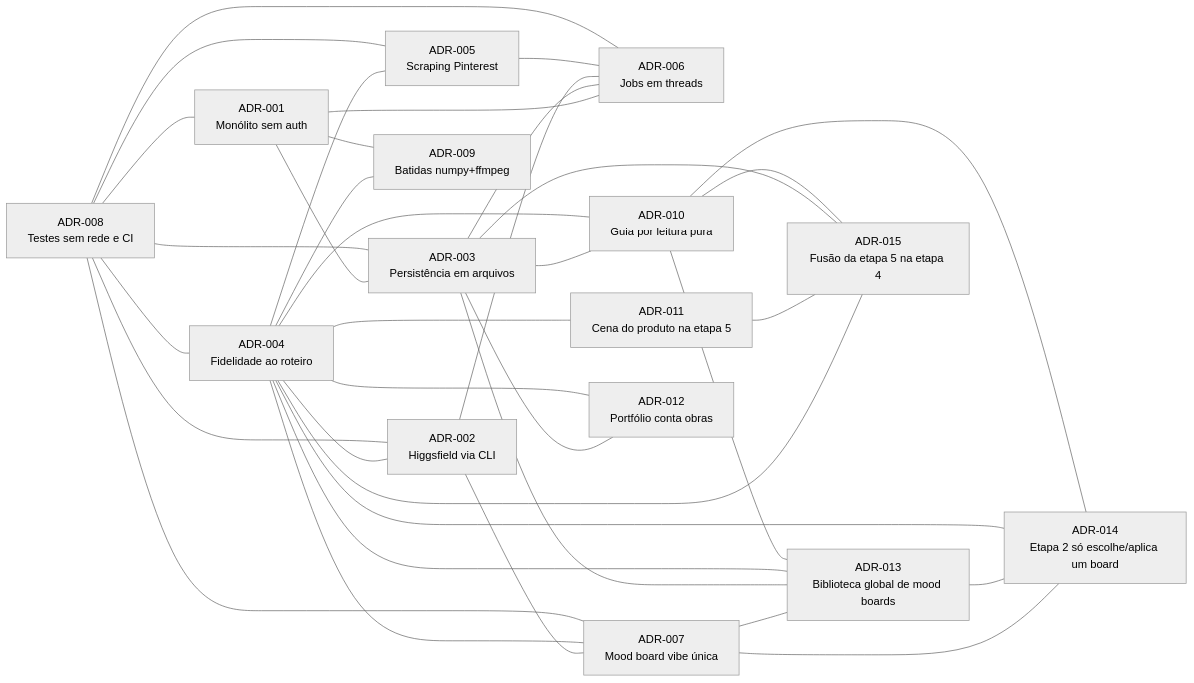
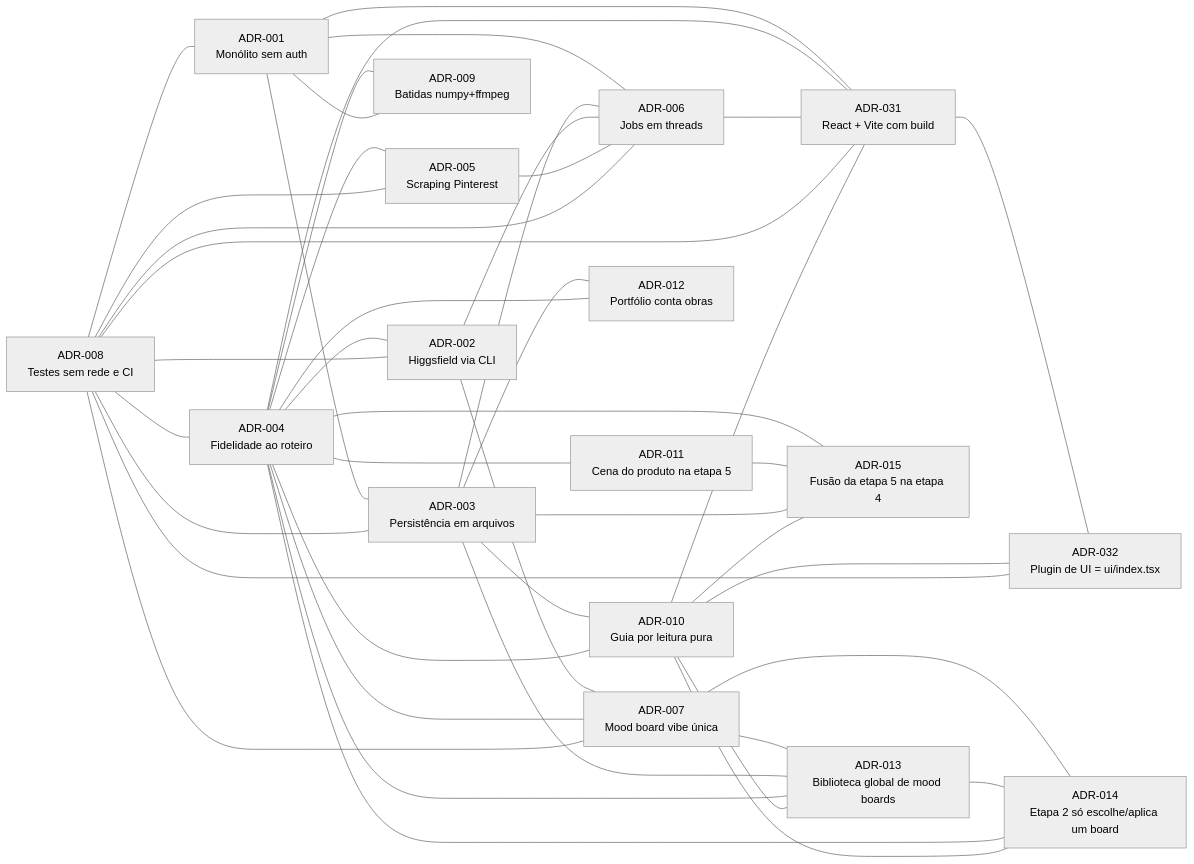
The diagram in docs/adrs/README.md (Arthur-Diego/orquestrador-studio), drawn with Mermaid (neutral theme) before and after one commit. The commit also changed other lines of this file and 6 other files, not shown here.

First line of the commit message:
docs(adr): ADR-031 (React+Vite com build) e ADR-032 (plugin de UI = ui/index.tsx)

````diff
--- a/docs/adrs/README.md
+++ b/docs/adrs/README.md
@@ -30,54 +32,64 @@
 ```mermaid
 graph LR
     ADR001["ADR-001<br/>Monólito sem auth"]
     ADR002["ADR-002<br/>Higgsfield via CLI"]
     ADR003["ADR-003<br/>Persistência em arquivos"]
     ADR004["ADR-004<br/>Fidelidade ao roteiro"]
     ADR005["ADR-005<br/>Scraping Pinterest"]
     ADR006["ADR-006<br/>Jobs em threads"]
     ADR007["ADR-007<br/>Mood board vibe única"]
     ADR008["ADR-008<br/>Testes sem rede e CI"]
 
     ADR001 --- ADR003
     ADR001 --- ADR006
     ADR003 --- ADR006
     ADR002 --- ADR006
     ADR005 --- ADR006
     ADR002 --- ADR007
     ADR004 --- ADR002
     ADR004 --- ADR005
     ADR004 --- ADR007
     ADR008 --- ADR001
     ADR008 --- ADR002
     ADR008 --- ADR003
     ADR008 --- ADR004
     ADR008 --- ADR005
     ADR008 --- ADR006
     ADR008 --- ADR007
     ADR009["ADR-009<br/>Batidas numpy+ffmpeg"]
     ADR010["ADR-010<br/>Guia por leitura pura"]
     ADR011["ADR-011<br/>Cena do produto na etapa 5"]
     ADR012["ADR-012<br/>Portfólio conta obras"]
     ADR004 --- ADR009
     ADR001 --- ADR009
     ADR003 --- ADR010
     ADR004 --- ADR010
     ADR004 --- ADR011
     ADR003 --- ADR012
     ADR004 --- ADR012
     ADR013["ADR-013<br/>Biblioteca global de mood boards"]
     ADR007 --- ADR013
     ADR003 --- ADR013
     ADR004 --- ADR013
     ADR010 --- ADR013
     ADR014["ADR-014<br/>Etapa 2 só escolhe/aplica um board"]
     ADR007 --- ADR014
     ADR013 --- ADR014
     ADR004 --- ADR014
     ADR010 --- ADR014
     ADR015["ADR-015<br/>Fusão da etapa 5 na etapa 4"]
     ADR004 --- ADR015
     ADR011 --- ADR015
     ADR003 --- ADR015
     ADR010 --- ADR015
+    ADR031["ADR-031<br/>React + Vite com build"]
+    ADR032["ADR-032<br/>Plugin de UI = ui/index.tsx"]
+    ADR001 --- ADR031
+    ADR004 --- ADR031
+    ADR006 --- ADR031
+    ADR008 --- ADR031
+    ADR010 --- ADR031
+    ADR031 --- ADR032
+    ADR010 --- ADR032
+    ADR008 --- ADR032
 ```
````
